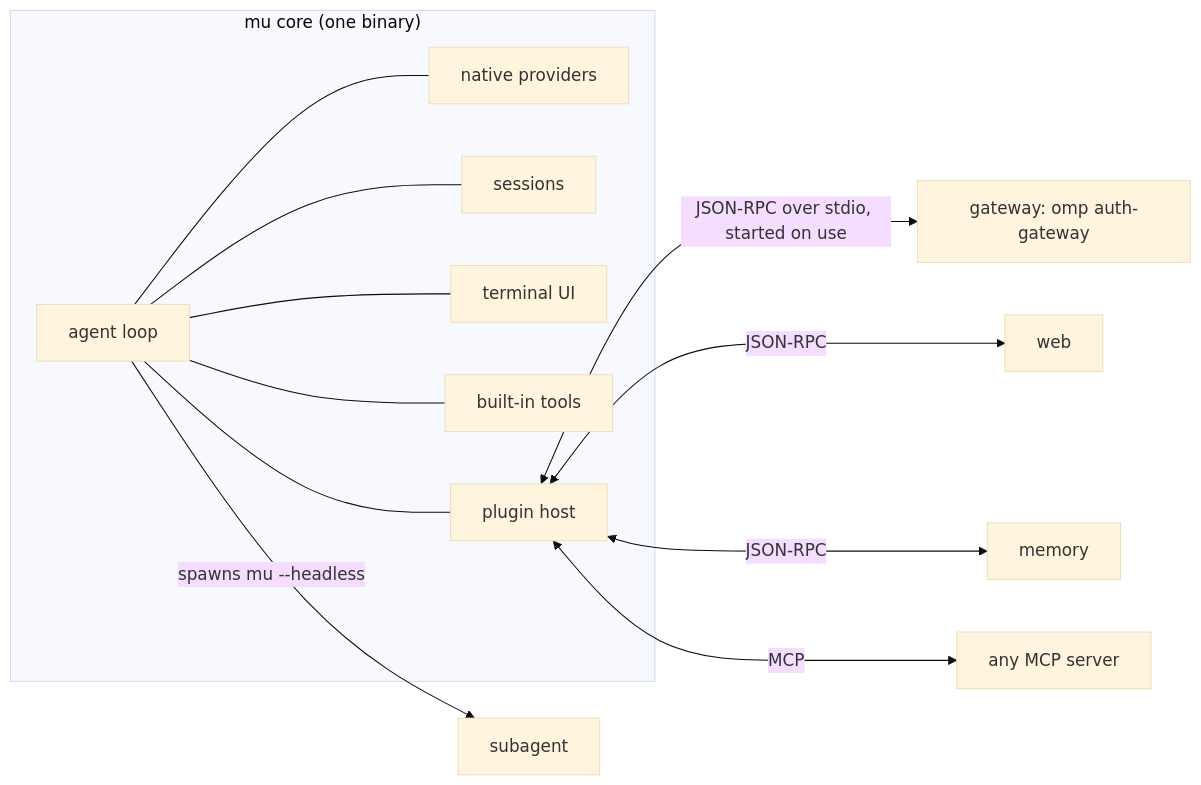
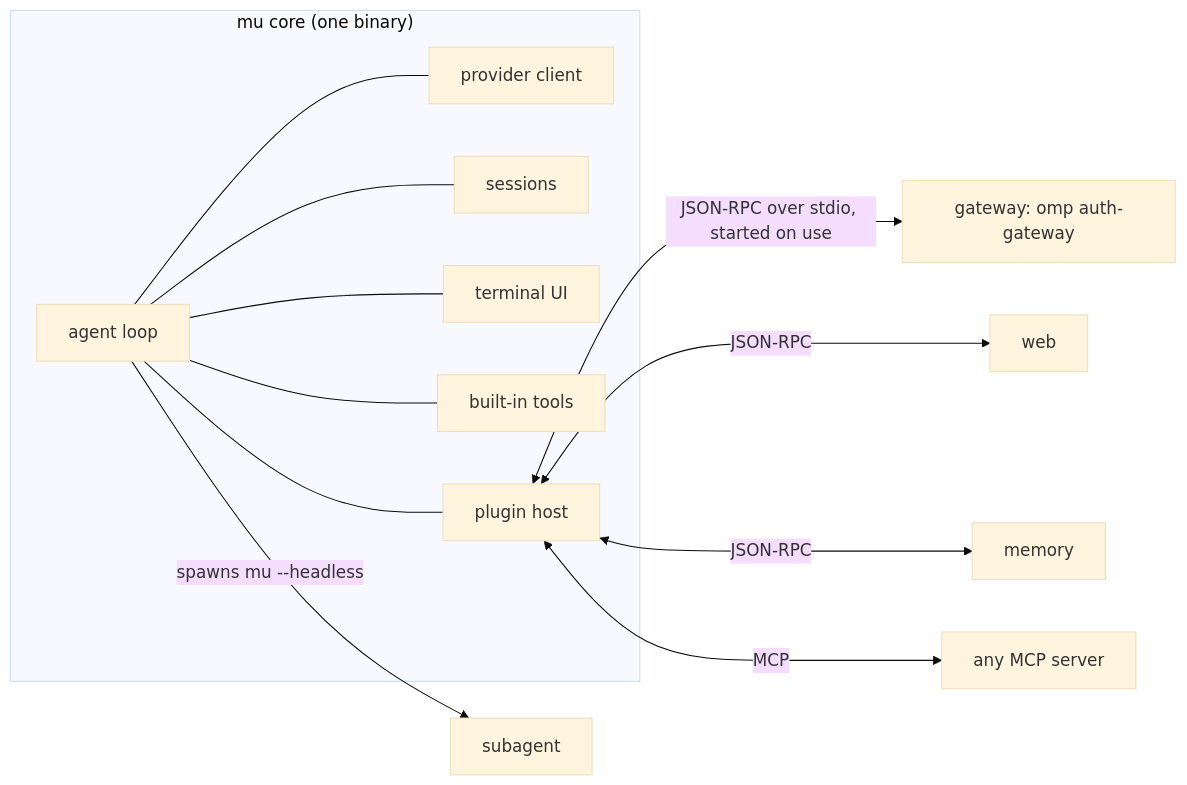
The diagram in DESIGN.md (jacobhak/mu), drawn with Mermaid (base theme) before and after one commit. The commit also changed other lines of this file and 1 other file, not shown here.

Commit message:
Docs: describe the gateway as the only provider path; drop native providers and milestones

````diff
--- a/DESIGN.md
+++ b/DESIGN.md
@@ -31,15 +31,15 @@
 ```mermaid
 flowchart LR
   subgraph core["mu core (one binary)"]
-    loop[agent loop] --- prov[native providers]
+    loop[agent loop] --- prov[provider client]
     loop --- sess[sessions]
     loop --- tui[terminal UI]
     loop --- tools[built-in tools]
     loop --- host[plugin host]
   end
   host <-->|JSON-RPC over stdio, started on use| gw[gateway: omp auth-gateway]
   host <-->|JSON-RPC| web[web]
   host <-->|JSON-RPC| mem[memory]
   host <-->|MCP| mcp[any MCP server]
   loop -->|spawns mu --headless| sub[subagent]
 ```
````
